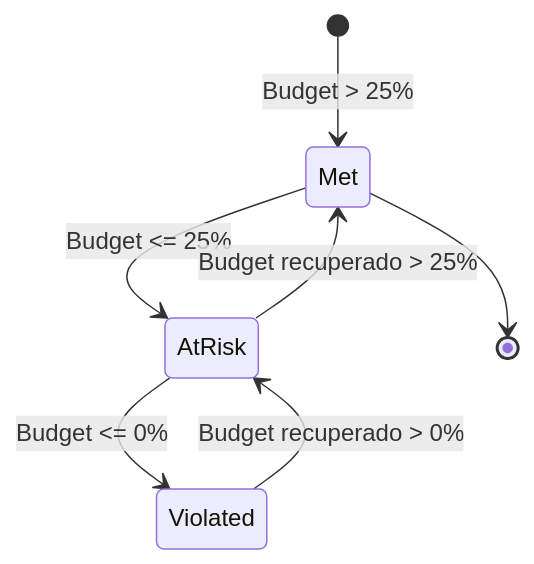
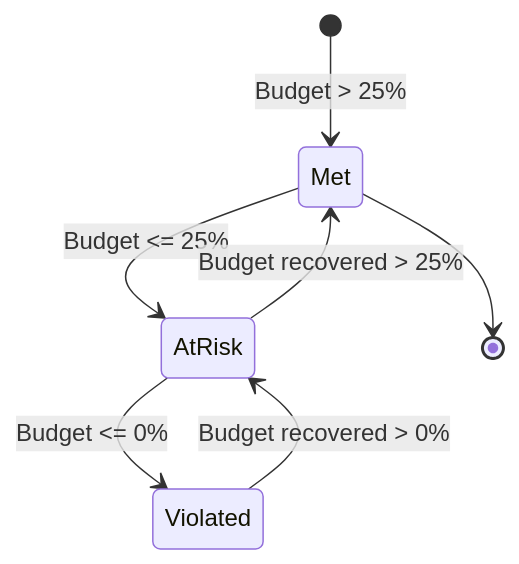
Before and after one commit to diillson/chatcli.ai: the diagram in features/aiops/slo-sla.mdx, drawn with Mermaid. The commit also changed other lines of this file and 500 other files, not shown here.

````diff
--- a/features/aiops/slo-sla.mdx
+++ b/features/aiops/slo-sla.mdx
@@ -350,9 +350,9 @@
 ```mermaid
 stateDiagram-v2
     [*] --> Met : Budget > 25%
     Met --> AtRisk : Budget <= 25%
     AtRisk --> Violated : Budget <= 0%
-    Violated --> AtRisk : Budget recuperado > 0%
-    AtRisk --> Met : Budget recuperado > 25%
+    Violated --> AtRisk : Budget recovered > 0%
+    AtRisk --> Met : Budget recovered > 25%
     Met --> [*]
 ```
````
